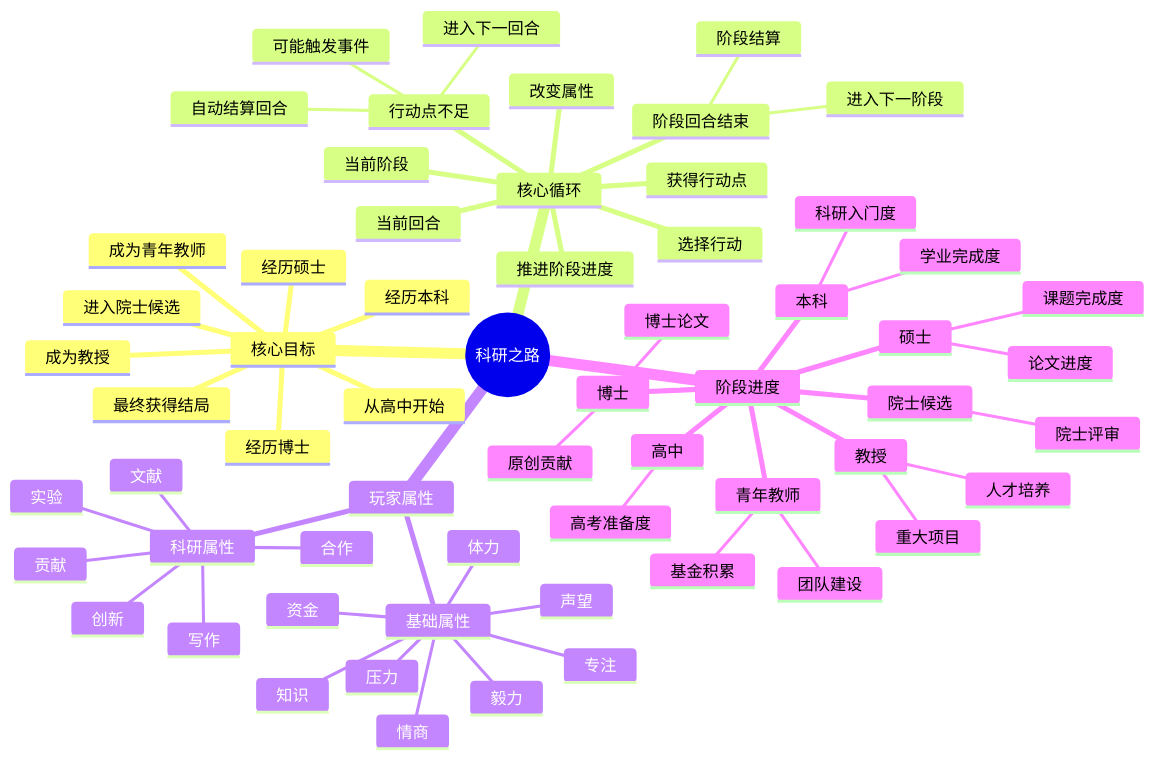
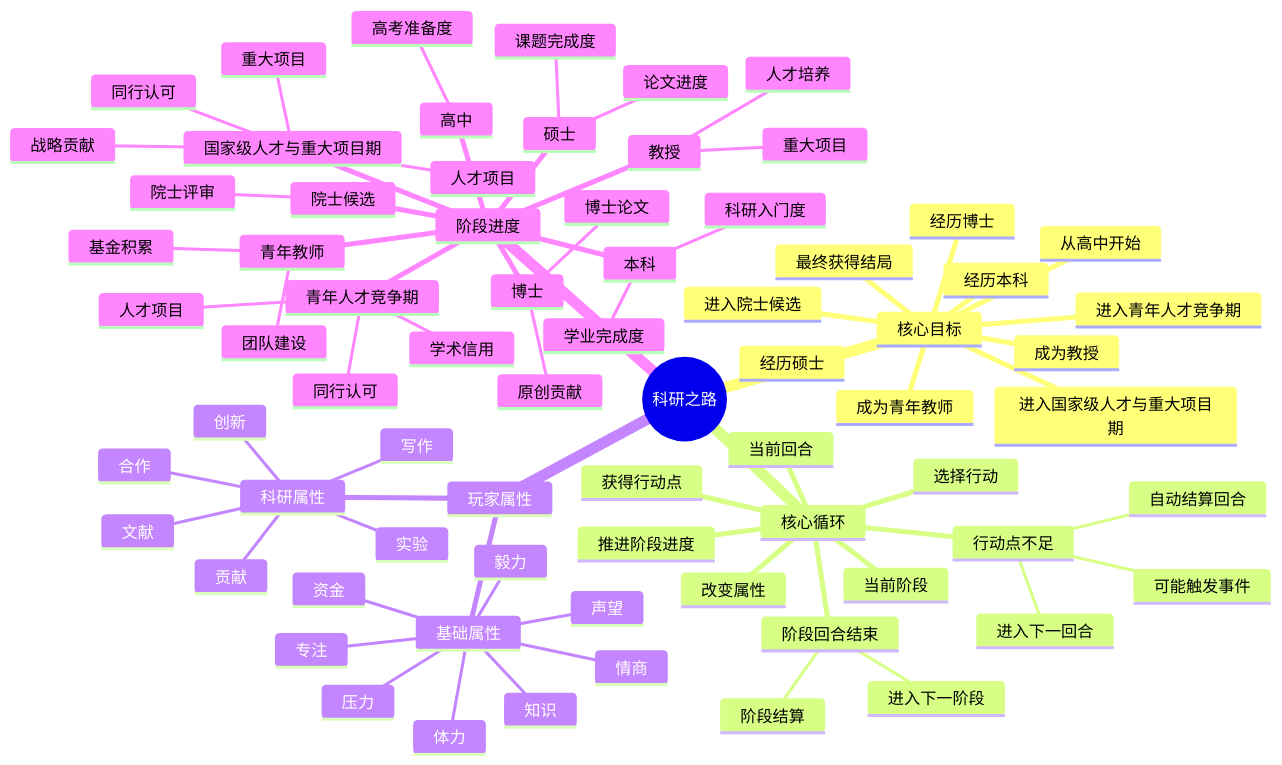
Before and after one commit to giaco387/my-research-life: the first of 5 diagrams in GAME_FLOW_MINDMAP.md, drawn with Mermaid. The commit also changed other lines of this file and 19 other files, not shown here.

````diff
--- a/GAME_FLOW_MINDMAP.md
+++ b/GAME_FLOW_MINDMAP.md
@@ -5,64 +5,75 @@
 ```mermaid
 mindmap
   root((科研之路))
     核心目标
       从高中开始
       经历本科
       经历硕士
       经历博士
       成为青年教师
+      进入青年人才竞争期
       成为教授
+      进入国家级人才与重大项目期
       进入院士候选
       最终获得结局
     核心循环
       当前阶段
       当前回合
       获得行动点
       选择行动
       改变属性
       推进阶段进度
       行动点不足
         自动结算回合
         可能触发事件
         进入下一回合
       阶段回合结束
         阶段结算
         进入下一阶段
     玩家属性
       基础属性
         知识
         毅力
         专注
         体力
         压力
         情商
         资金
         声望
       科研属性
         文献
         实验
         写作
         创新
         合作
         贡献
     阶段进度
       高中
         高考准备度
       本科
         学业完成度
         科研入门度
       硕士
         课题完成度
         论文进度
       博士
         博士论文
         原创贡献
       青年教师
         基金积累
         团队建设
+      青年人才竞争期
+        人才项目
+        同行认可
+        学术信用
       教授
         重大项目
         人才培养
+      国家级人才与重大项目期
+        重大项目
+        人才项目
+        战略贡献
+        同行认可
       院士候选
         院士评审
 ```
````
